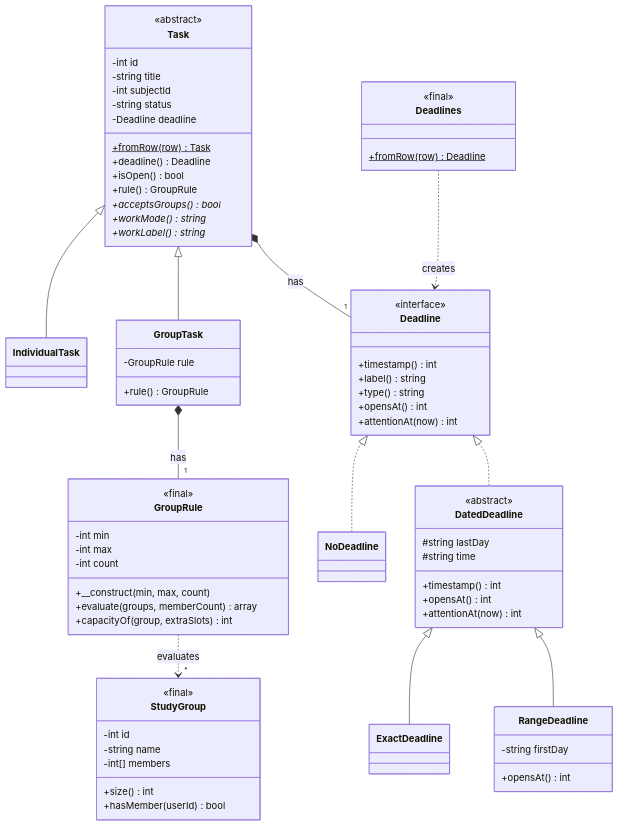
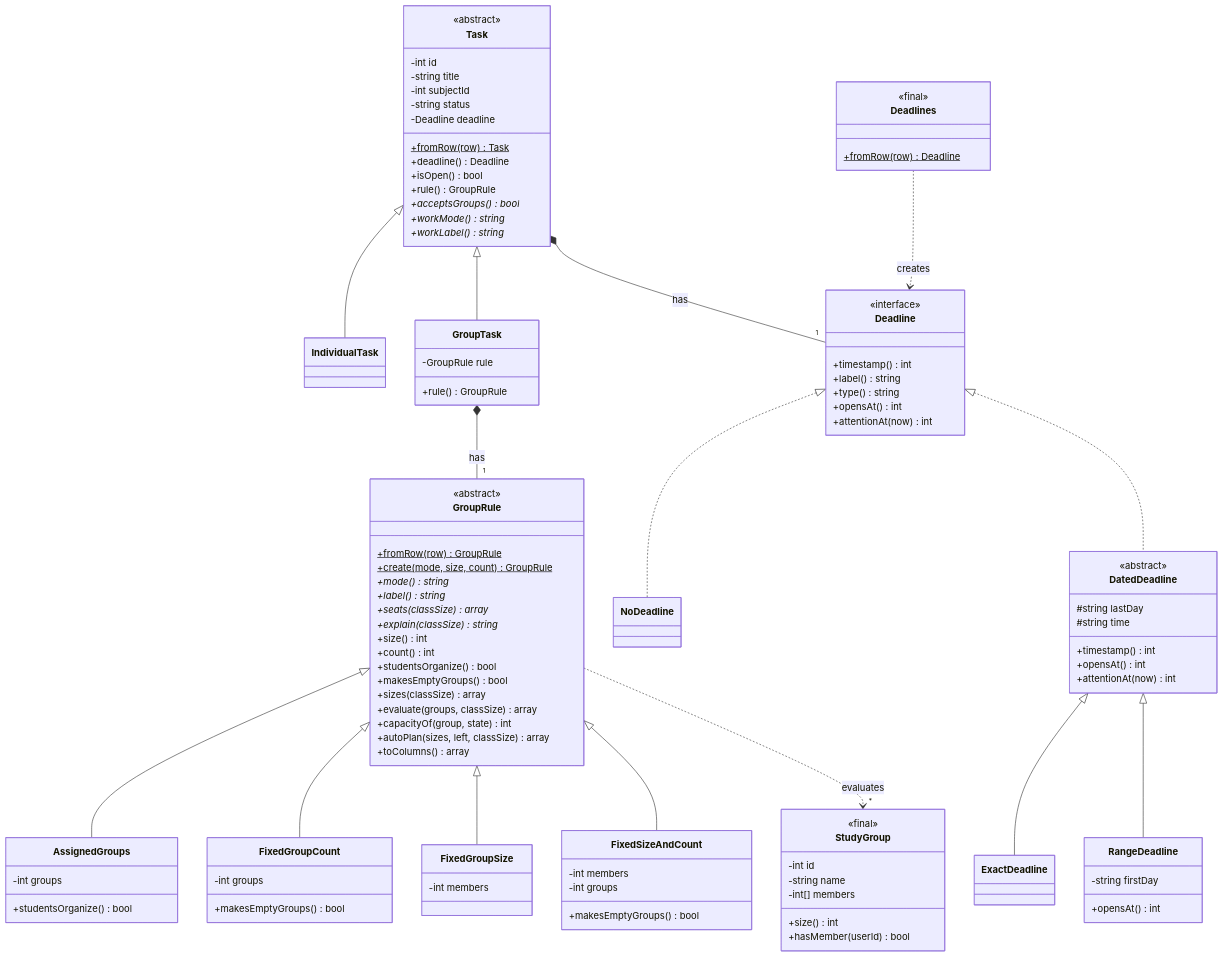
Before and after one commit to rcldvmnl/AcadSync: the third of 6 diagrams in docs/CLASS_DIAGRAM.md, drawn with Mermaid. The commit also changed other lines of this file and 25 other files, not shown here.

```diff
--- a/docs/CLASS_DIAGRAM.md
+++ b/docs/CLASS_DIAGRAM.md
@@ -253,14 +253,43 @@
     Deadlines ..> Deadline : creates
 
     class GroupRule {
-        <<final>>
-        -int min
-        -int max
-        -int count
-        +__construct(min, max, count)
-        +evaluate(groups, memberCount) array
-        +capacityOf(group, extraSlots) int
+        <<abstract>>
+        +fromRow(row)$ GroupRule
+        +create(mode, size, count)$ GroupRule
+        +mode()* string
+        +label()* string
+        +seats(classSize)* array
+        +explain(classSize)* string
+        +size() int
+        +count() int
+        +studentsOrganize() bool
+        +makesEmptyGroups() bool
+        +sizes(classSize) array
+        +evaluate(groups, classSize) array
+        +capacityOf(group, state) int
+        +autoPlan(sizes, left, classSize) array
+        +toColumns() array
     }
+    class AssignedGroups {
+        -int groups
+        +studentsOrganize() bool
+    }
+    class FixedGroupCount {
+        -int groups
+        +makesEmptyGroups() bool
+    }
+    class FixedGroupSize {
+        -int members
+    }
+    class FixedSizeAndCount {
+        -int members
+        -int groups
+        +makesEmptyGroups() bool
+    }
+    GroupRule <|-- AssignedGroups
+    GroupRule <|-- FixedGroupCount
+    GroupRule <|-- FixedGroupSize
+    GroupRule <|-- FixedSizeAndCount
     class StudyGroup {
         <<final>>
         -int id
```
